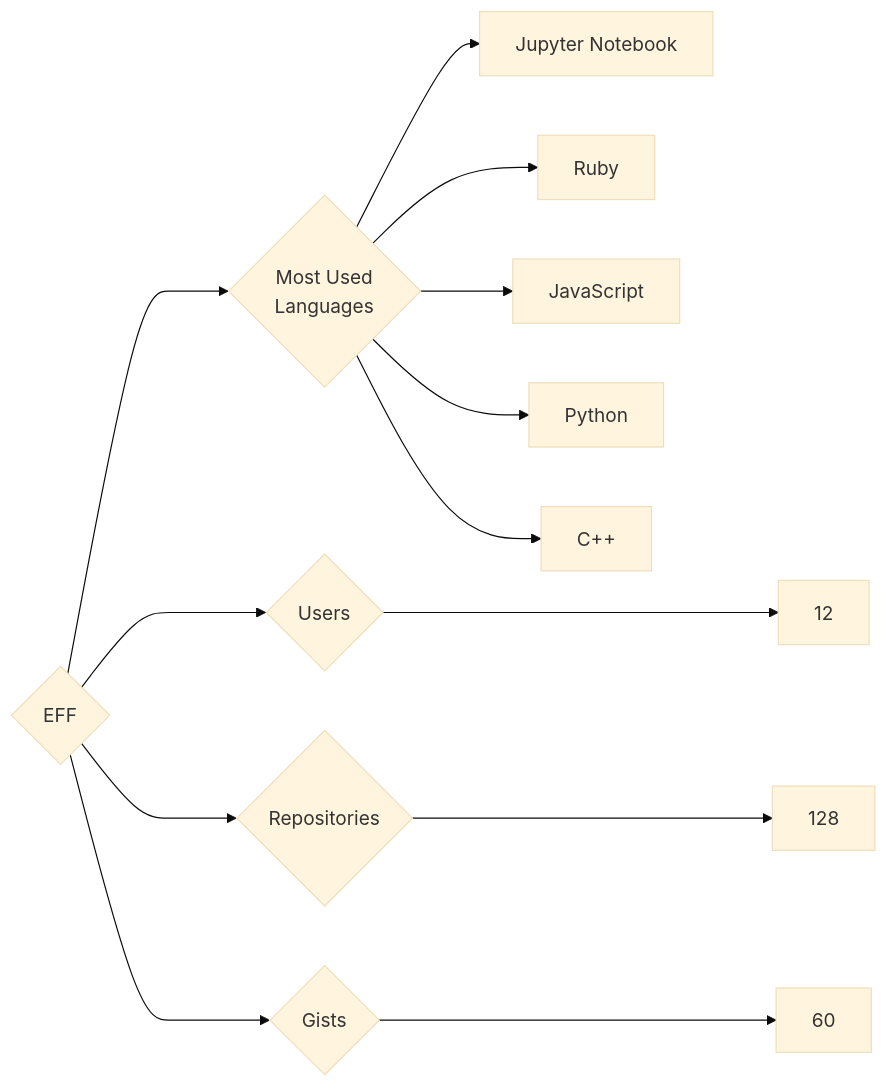
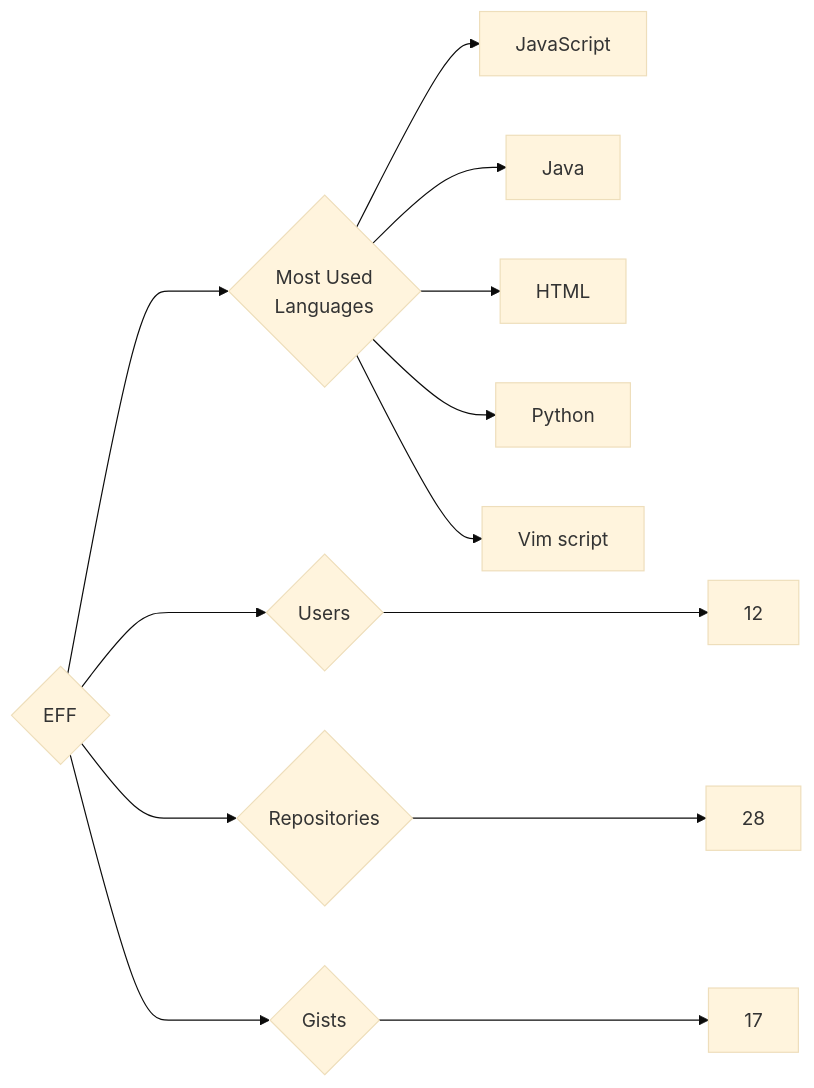
The diagram in targets/EFF/README.md (trickest/insiders), drawn with Mermaid (base theme) before and after one commit. The commit also changed 872 other files, not shown here.

````diff
--- a/targets/EFF/README.md
+++ b/targets/EFF/README.md
@@ -3,13 +3,13 @@
 ```mermaid
 graph LR
 COMPANY_NAME{EFF}
 COMPANY_NAME ---> U{Users} ---> UN[12]
-COMPANY_NAME ---> R{Repositories} ---> RN[128]
-COMPANY_NAME ---> G{Gists} ---> GN[60]
+COMPANY_NAME ---> R{Repositories} ---> RN[28]
+COMPANY_NAME ---> G{Gists} ---> GN[17]
 COMPANY_NAME ---> ML{Most Used<br>Languages}
-ML --> Jupyter_Notebook[Jupyter Notebook]
-ML --> Ruby[Ruby]
 ML --> JavaScript[JavaScript]
+ML --> Java[Java]
+ML --> HTML[HTML]
 ML --> Python[Python]
-ML --> C++[C++]
+ML --> Vim_script[Vim script]
 ```
````
